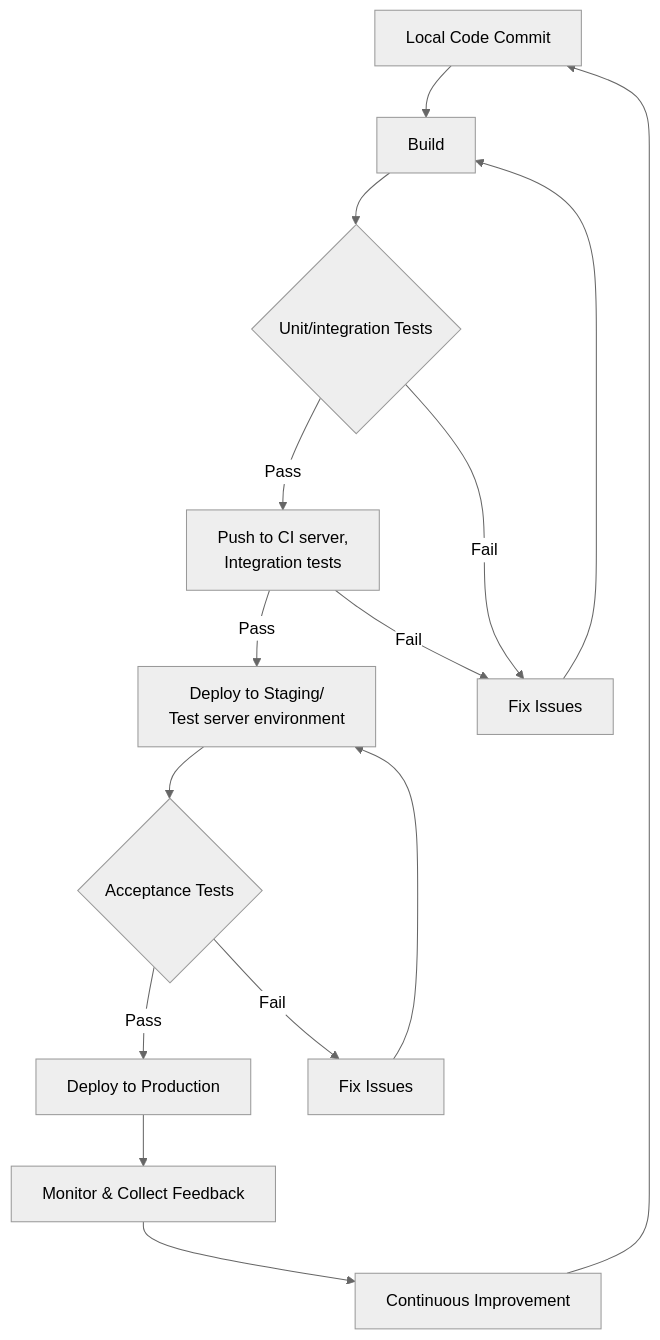
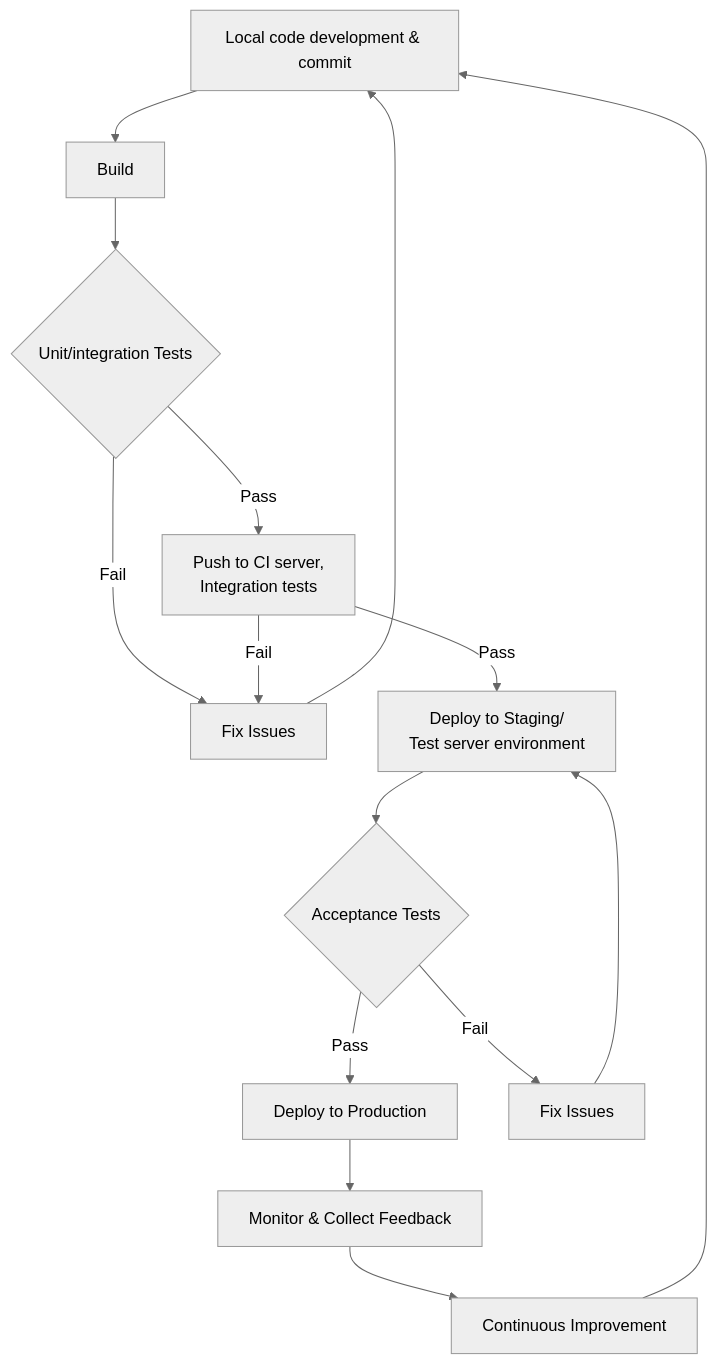
Before and after one commit to mattpe/node-ci-intro: the diagram in lecture/readme.md, drawn with Mermaid (neutral theme). The commit also changed other lines of this file, not shown here.

Commit message:
Clarify workflow and task descriptions in readme

````diff
--- a/lecture/readme.md
+++ b/lecture/readme.md
@@ -67,17 +67,17 @@
 ```mermaid
 graph TD
-    A[Local Code Commit] --> B[Build]
+    A[Local code development & commit] --> B[Build]
     B --> C{Unit/integration Tests}
     C -->|Pass| D[Push to CI server,\n Integration tests]
     C -->|Fail| E[Fix Issues]
-    E --> B
+    E --> A
     D -->|Pass| F[Deploy to Staging/\n Test server environment]
     D -->|Fail| E
     F --> G{Acceptance Tests}
     G -->|Pass| H[Deploy to Production]
     G -->|Fail| I[Fix Issues]
     I --> F
     H --> J[Monitor & Collect Feedback]
     J --> K[Continuous Improvement]
     K --> A
 ```
````
